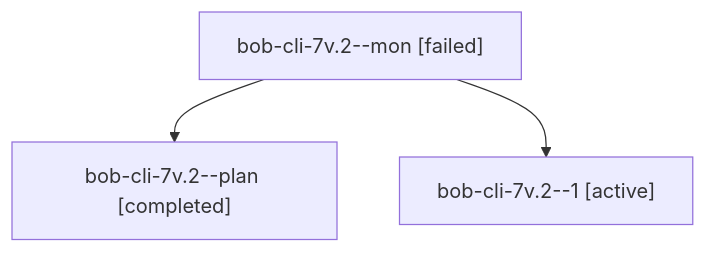
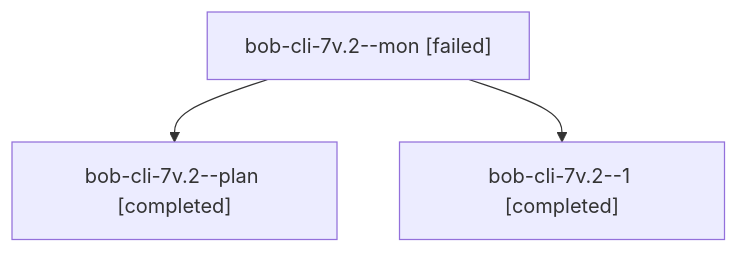
The diagram in sessions/bbugyi200.athena.bob-cli-7v.2.md (bobs-org/bob-cli--agents), drawn with Mermaid before and after one commit. The commit also changed other lines of this file and 19 other files, not shown here.

````diff
--- a/sessions/bbugyi200.athena.bob-cli-7v.2.md
+++ b/sessions/bbugyi200.athena.bob-cli-7v.2.md
@@ -9,8 +9,8 @@
 ```mermaid
 flowchart TD
   n0["bob-cli-7v.2--mon [failed]"]
   n1["bob-cli-7v.2--plan [completed]"]
   n0 --> n1
-  n2["bob-cli-7v.2--1 [active]"]
+  n2["bob-cli-7v.2--1 [completed]"]
   n0 --> n2
 ```
````
